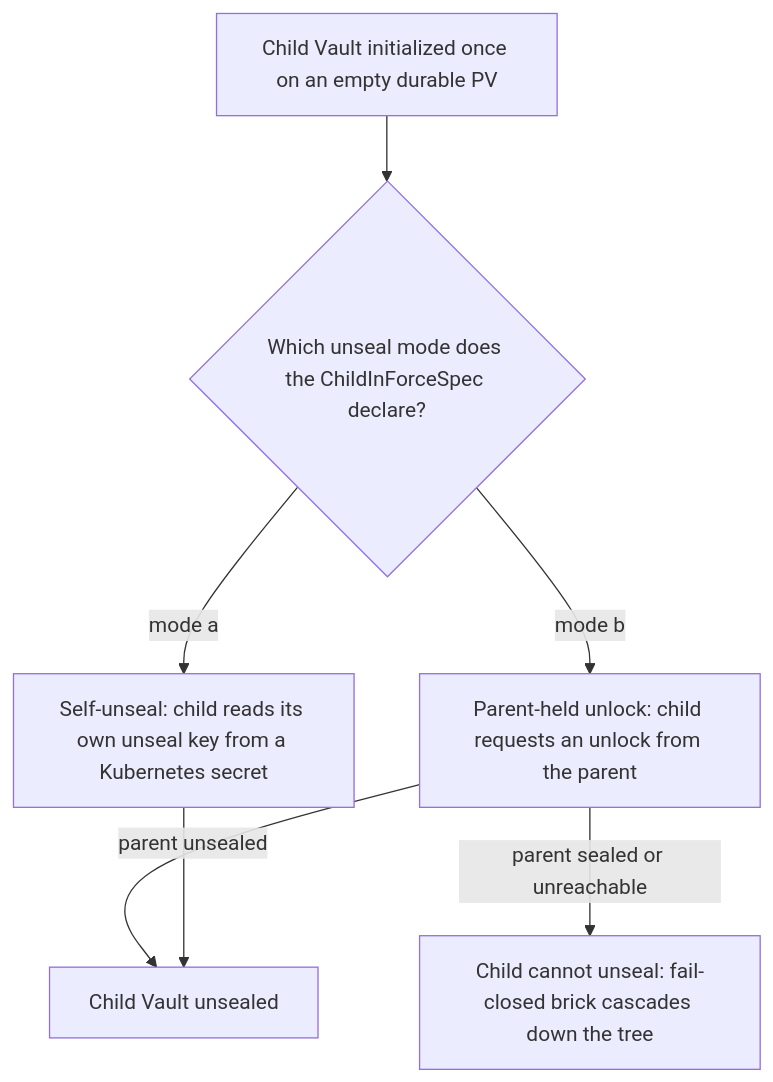
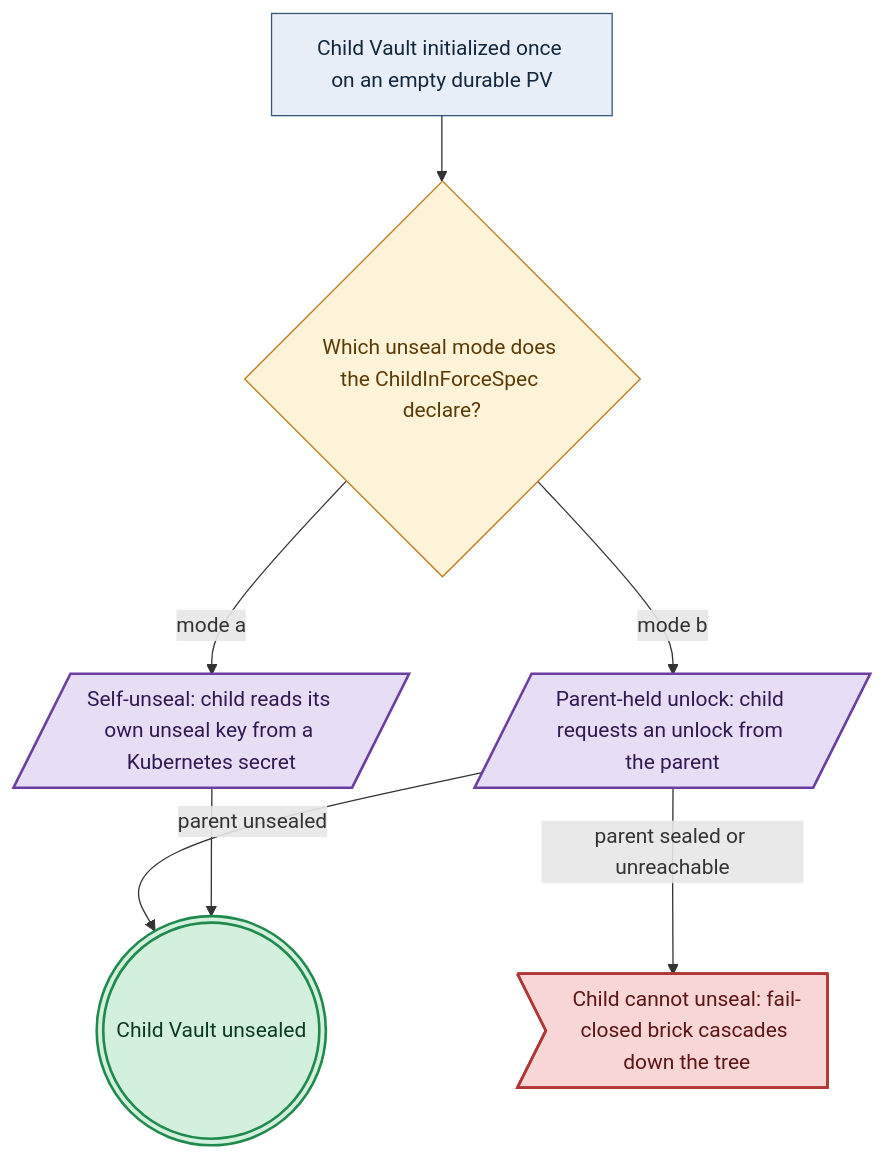
The first of 3 diagrams in documents/engineering/vault_pki_doctrine.md (Tuee22/amoebius), drawn with Mermaid before and after one commit. The commit also changed other lines of this file and 36 other files, not shown here.

````diff
--- a/documents/engineering/vault_pki_doctrine.md
+++ b/documents/engineering/vault_pki_doctrine.md
@@ -366,9 +366,14 @@
 ```mermaid
 flowchart TD
-  childinit[Child Vault initialized once on an empty durable PV] --> mode{Which unseal mode does the ChildInForceSpec declare?}
-  mode -->|mode a| selfsecret[Self-unseal: child reads its own unseal key from a Kubernetes secret]
-  mode -->|mode b| requestunlock[Parent-held unlock: child requests an unlock from the parent]
-  requestunlock -->|parent sealed or unreachable| brick[Child cannot unseal: fail-closed brick cascades down the tree]
-  requestunlock -->|parent unsealed| unsealed[Child Vault unsealed]
+  childinit["Child Vault initialized once on an empty durable PV"]:::intent --> mode{"Which unseal mode does the ChildInForceSpec declare?"}:::decision
+  mode -->|mode a| selfsecret[/"Self-unseal: child reads its own unseal key from a Kubernetes secret"/]:::effect
+  mode -->|mode b| requestunlock[/"Parent-held unlock: child requests an unlock from the parent"/]:::effect
+  requestunlock -->|parent sealed or unreachable| brick>"Child cannot unseal: fail-closed brick cascades down the tree"]:::refuse
+  requestunlock -->|parent unsealed| unsealed((("Child Vault unsealed"))):::seal
   selfsecret --> unsealed
+  classDef intent   fill:#e8eef7,stroke:#33587a,color:#12283f,stroke-width:1px
+  classDef decision fill:#fdf3d8,stroke:#b8791b,color:#5c3a06,stroke-width:1px
+  classDef effect   fill:#e7ddf5,stroke:#6b3fa0,color:#2f1a52,stroke-width:2px
+  classDef refuse   fill:#f8d6d6,stroke:#b23636,color:#5c1414,stroke-width:2px
+  classDef seal     fill:#d3f0dd,stroke:#1f8a4c,color:#0c3a1f,stroke-width:2px
 ```
````
